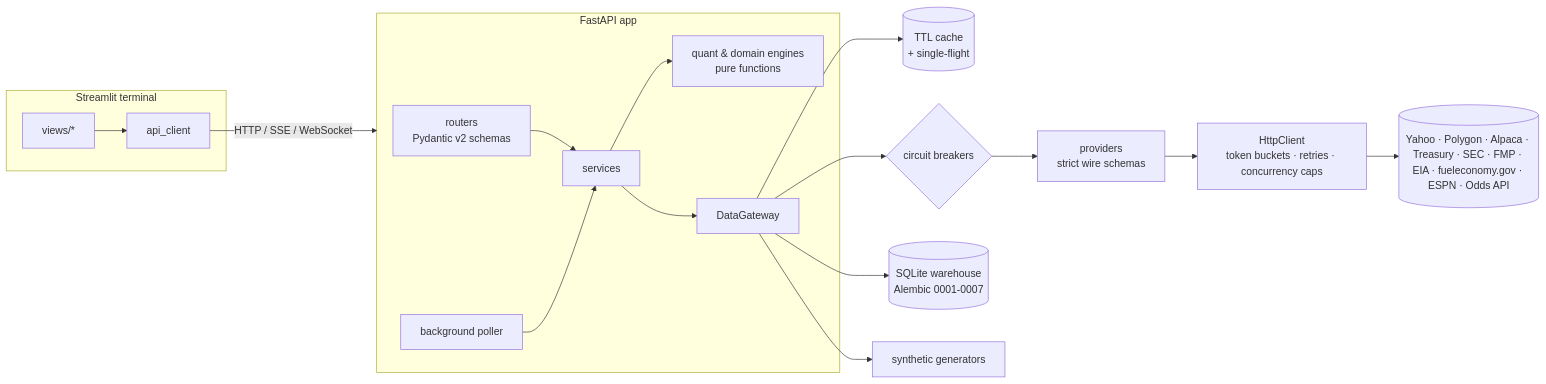
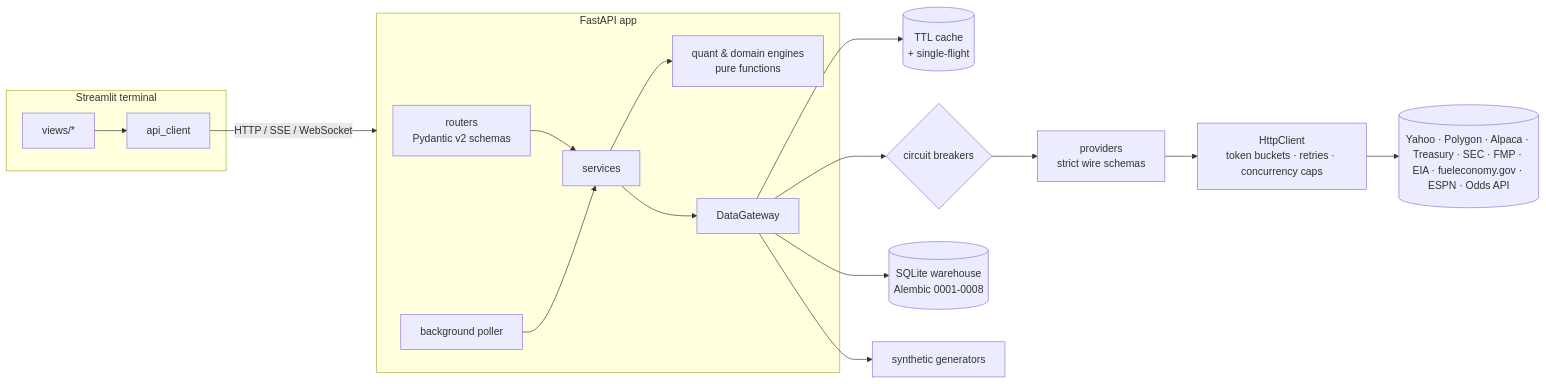
One commit to kasmdkasdsad/Finance changed the diagram in README.md. Above: the diagram before and after it, drawn with Mermaid. The commit also changed other lines of this file and 10 other files, not shown here.

````diff
--- a/README.md
+++ b/README.md
@@ -82,20 +89,20 @@
 ```mermaid
 flowchart LR
     subgraph UI[Streamlit terminal]
         V[views/*] --> C[api_client]
     end
     C -- HTTP / SSE / WebSocket --> API
     subgraph API[FastAPI app]
         R[routers<br/>Pydantic v2 schemas] --> S[services]
         S --> Q[quant & domain engines<br/>pure functions]
         S --> G[DataGateway]
         P[background poller] --> S
     end
     G --> CACHE[(TTL cache<br/>+ single-flight)]
     G --> CB{circuit breakers}
     CB --> PR[providers<br/>strict wire schemas]
     PR --> HTTP[HttpClient<br/>token buckets · retries · concurrency caps]
     HTTP --> EXT[(Yahoo · Polygon · Alpaca · Treasury · SEC · FMP · EIA · fueleconomy.gov · ESPN · Odds API)]
-    G --> WH[(SQLite warehouse<br/>Alembic 0001-0007)]
+    G --> WH[(SQLite warehouse<br/>Alembic 0001-0008)]
     G --> SYN[synthetic generators]
 ```
````
